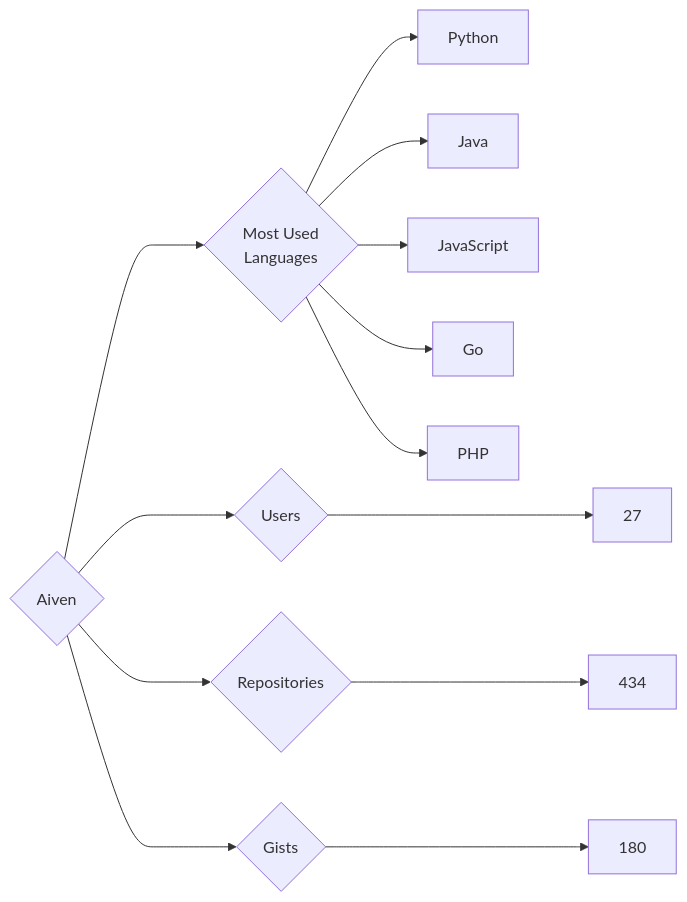
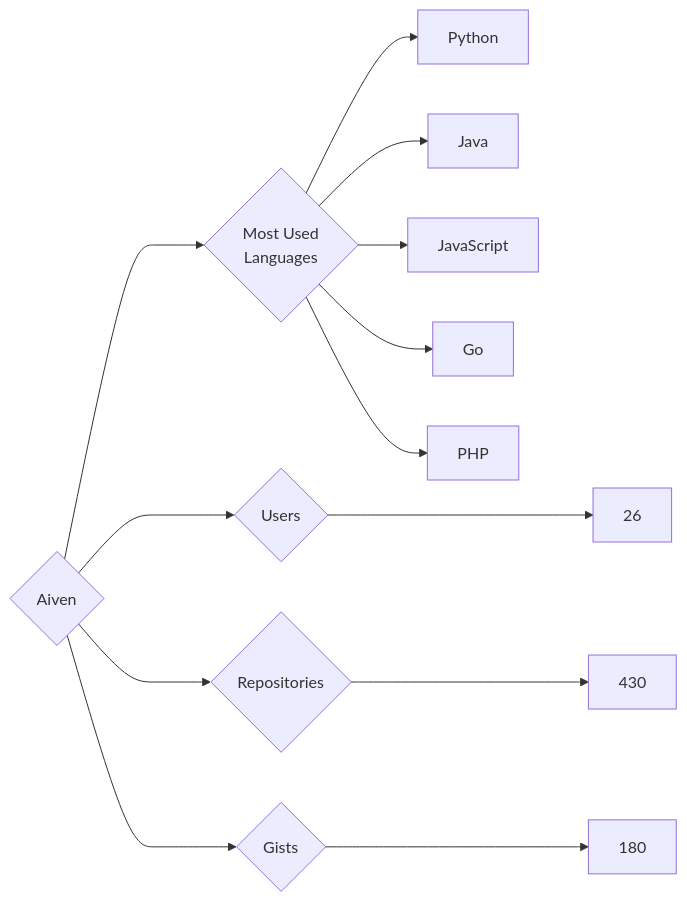
One commit to trickest/insiders changed the diagram in targets/Aiven/README.md. Above: the diagram before and after it, drawn with Mermaid. The commit also changed 998 other files, not shown here.

````diff
--- a/targets/Aiven/README.md
+++ b/targets/Aiven/README.md
@@ -3,13 +3,13 @@
 ```mermaid
 graph LR
 COMPANY_NAME{Aiven}
-COMPANY_NAME ---> U{Users} ---> UN[27]
-COMPANY_NAME ---> R{Repositories} ---> RN[434]
+COMPANY_NAME ---> U{Users} ---> UN[26]
+COMPANY_NAME ---> R{Repositories} ---> RN[430]
 COMPANY_NAME ---> G{Gists} ---> GN[180]
 COMPANY_NAME ---> ML{Most Used<br>Languages}
 ML --> Python[Python]
 ML --> Java[Java]
 ML --> JavaScript[JavaScript]
 ML --> Go[Go]
 ML --> PHP[PHP]
 ```
````
